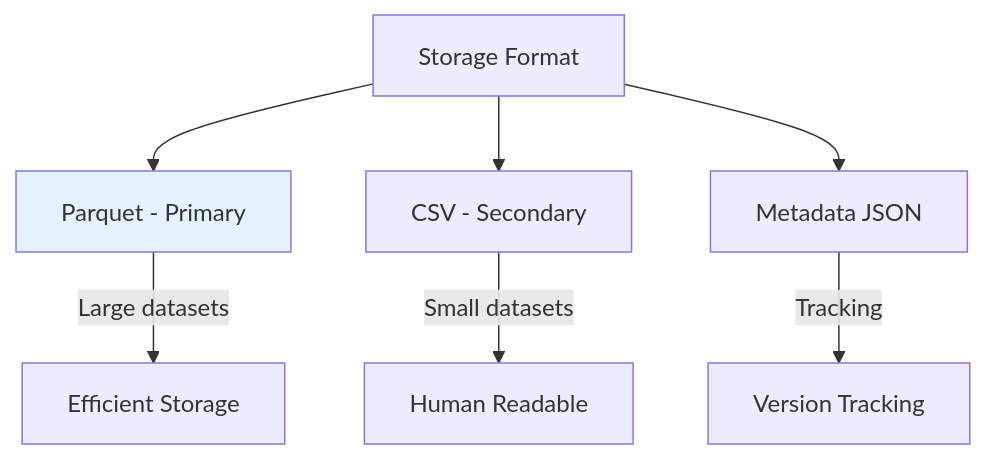
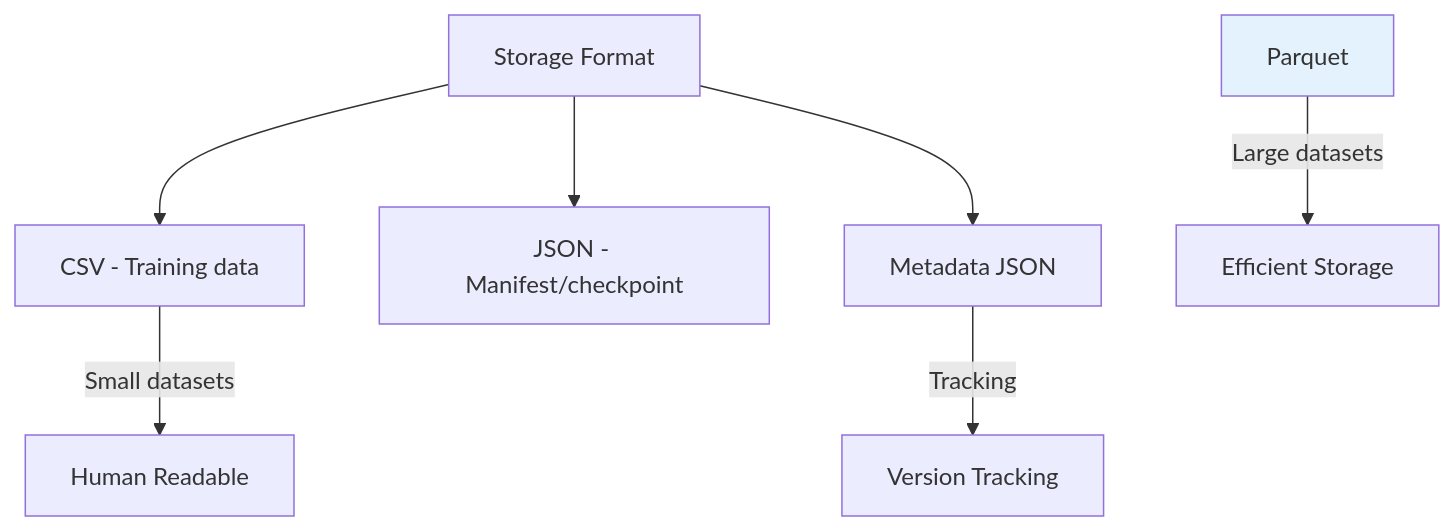
The fifth of 7 diagrams in plans/06-Data/03-Storage/01-dataset-storage.md (Evintkoo/2048-ml), drawn with Mermaid before and after one commit. The commit also changed other lines of this file and 198 other files, not shown here.

````diff
--- a/plans/06-Data/03-Storage/01-dataset-storage.md
+++ b/plans/06-Data/03-Storage/01-dataset-storage.md
@@ -108,13 +108,13 @@
 ```mermaid
 flowchart TD
     Format[Storage Format]
-    Format --> Parquet[Parquet - Primary]
-    Format --> CSV[CSV - Secondary]
+    Format --> CSV[CSV - Training data]
+    Format --> JSON[JSON - Manifest/checkpoint]
     Format --> Metadata[Metadata JSON]
     
     Parquet --> |Large datasets| Efficient[Efficient Storage]
     CSV --> |Small datasets| Accessible[Human Readable]
     Metadata --> |Tracking| Track[Version Tracking]
     
     style Parquet fill:#e3f2fd
 ```
````
